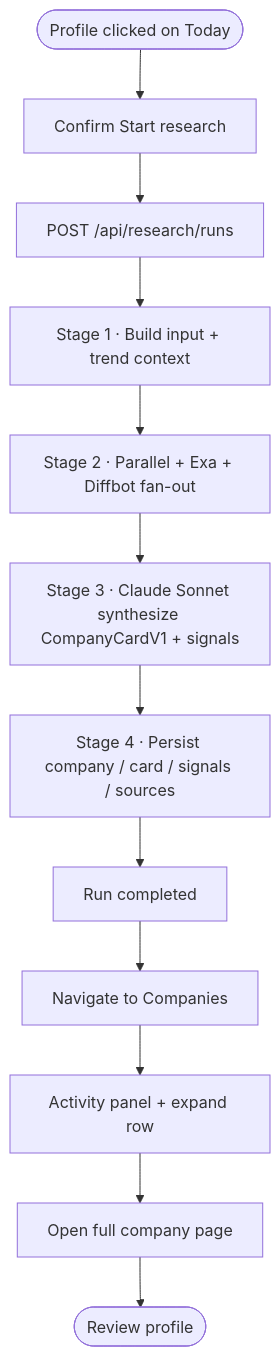
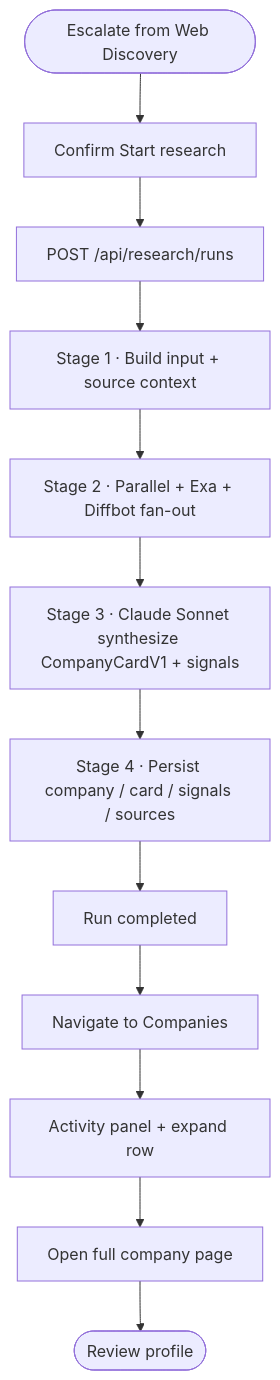
Before and after one commit to Growth-Maschine/NORAD-INTEL-ENGINE-V1: the second of 2 diagrams in docs/phase-1/P1-01-admin.md, drawn with Mermaid. The commit also changed other lines of this file and 9 other files, not shown here.

````diff
--- a/docs/phase-1/P1-01-admin.md
+++ b/docs/phase-1/P1-01-admin.md
@@ -582,15 +452,15 @@
 ```mermaid
 flowchart TD
-    START([Profile clicked on Today]) --> CONFIRM[Confirm Start research]
+    START([Escalate from Web Discovery]) --> CONFIRM[Confirm Start research]
     CONFIRM --> API[POST /api/research/runs]
-    API --> S1[Stage 1 · Build input + trend context]
+    API --> S1[Stage 1 · Build input + source context]
     S1 --> S2[Stage 2 · Parallel + Exa + Diffbot fan-out]
     S2 --> S3[Stage 3 · Claude Sonnet synthesize CompanyCardV1 + signals]
     S3 --> S4[Stage 4 · Persist company / card / signals / sources]
     S4 --> DONE[Run completed]
 
     DONE --> NAV[Navigate to Companies]
     NAV --> MONITOR[Activity panel + expand row]
     MONITOR --> DETAIL[Open full company page]
     DETAIL --> END([Review profile])
 ```
````
